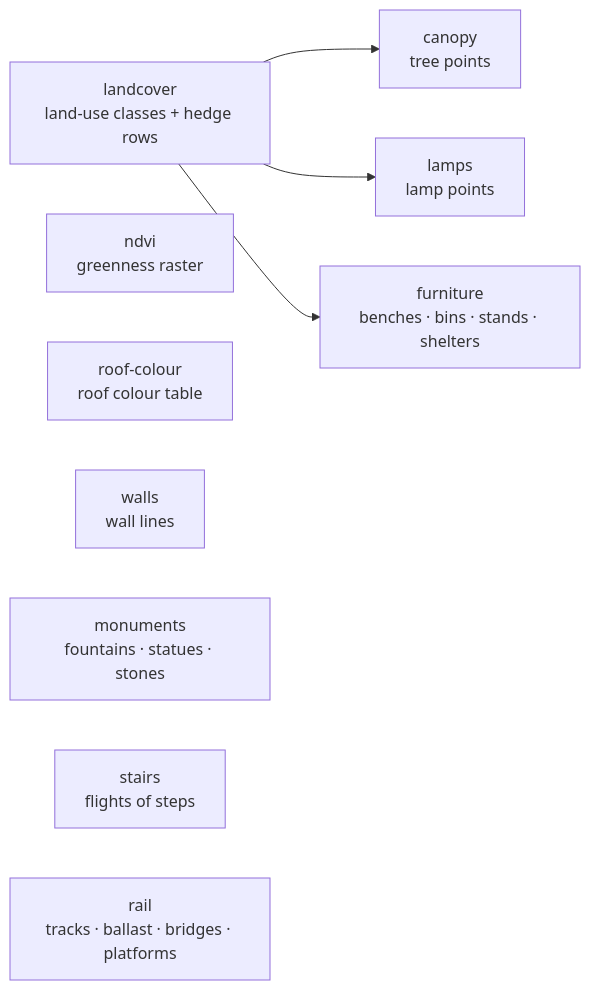
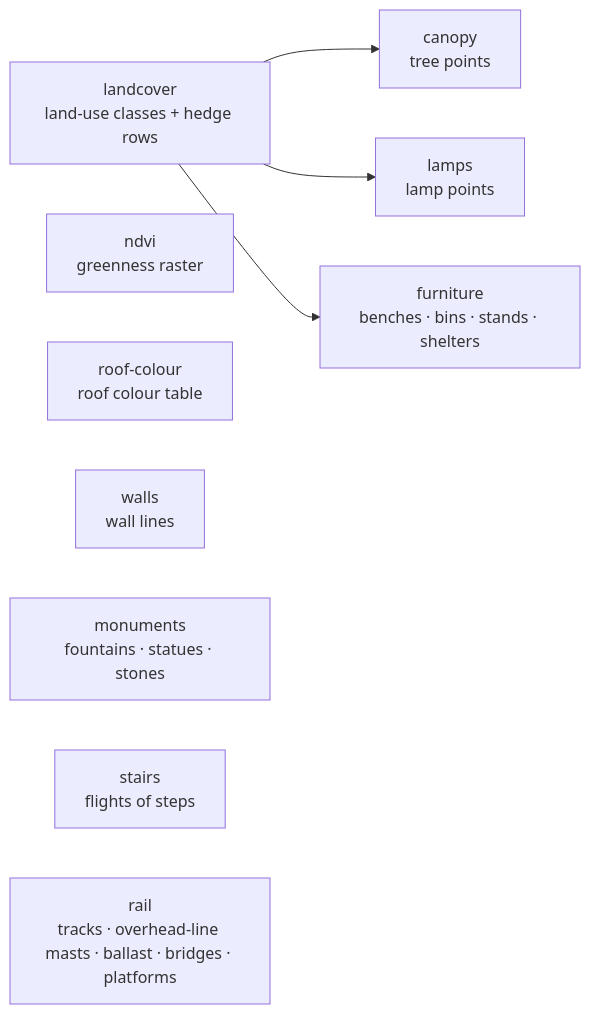
One commit to mdugue/bridge changed the second of 2 diagrams in docs/guide/en/data-journey.md. Above: the diagram before and after it, drawn with Mermaid. The commit also changed other lines of this file and 29 other files, not shown here.

````diff
--- a/docs/guide/en/data-journey.md
+++ b/docs/guide/en/data-journey.md
@@ -70,12 +70,12 @@
 ```mermaid
 flowchart LR
   DLM["landcover<br/>land-use classes + hedge rows"] --> CAN["canopy<br/>tree points"]
   DLM --> LAMP["lamps<br/>lamp points"]
   DLM --> FURN["furniture<br/>benches · bins · stands · shelters"]
   NDVI["ndvi<br/>greenness raster"]
   ROOF["roof-colour<br/>roof colour table"]
   WALL["walls<br/>wall lines"]
   MON["monuments<br/>fountains · statues · stones"]
   STAIR["stairs<br/>flights of steps"]
-  RAIL["rail<br/>tracks · ballast · bridges · platforms"]
+  RAIL["rail<br/>tracks · overhead-line masts · ballast · bridges · platforms"]
 ```
````
